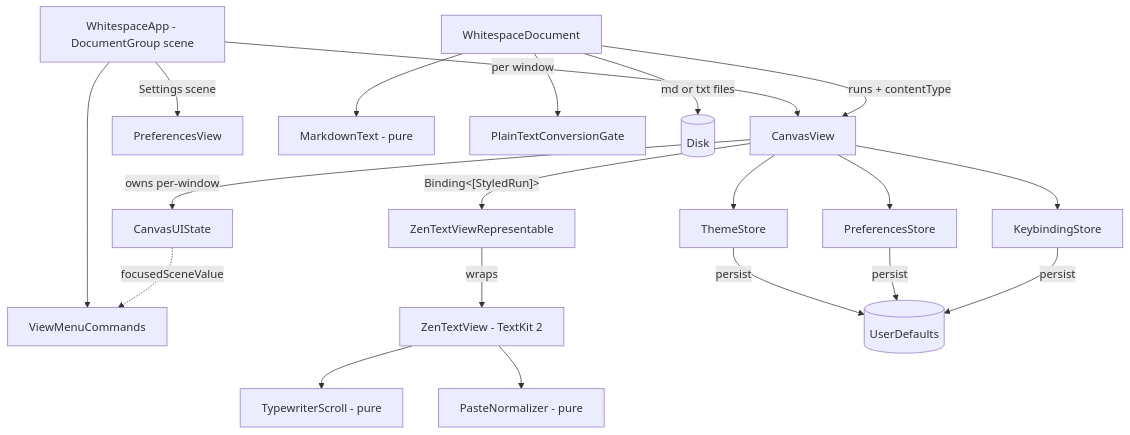
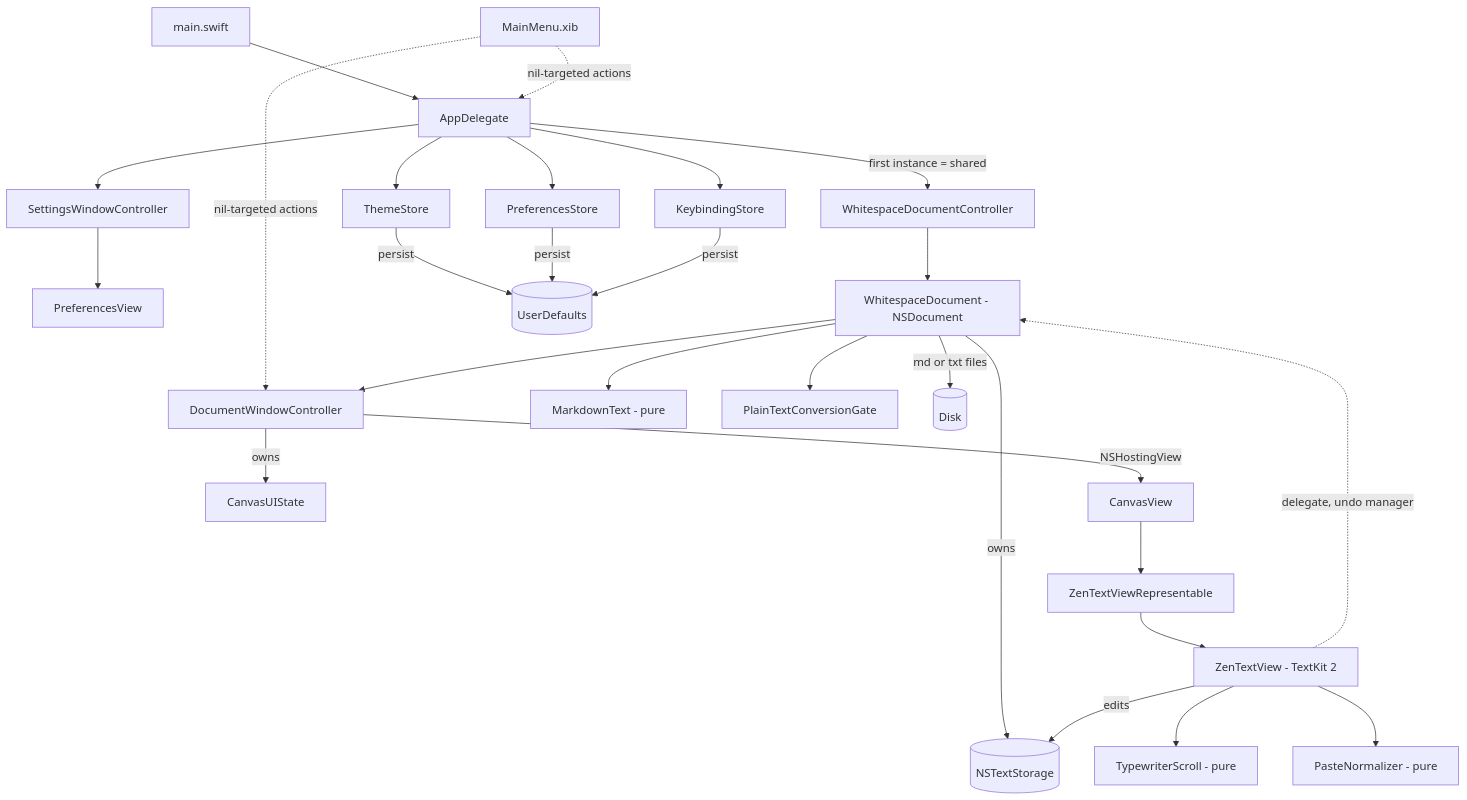
Before and after one commit to benji-hix/Whitespace: the diagram in ARCHITECTURE.md, drawn with Mermaid. The commit also changed other lines of this file and 43 other files, not shown here.

First line of the commit message:
refactor: replace the SwiftUI DocumentGroup shell with an NSDocument shell (#4)

````diff
--- a/ARCHITECTURE.md
+++ b/ARCHITECTURE.md
@@ -50,16 +57,20 @@
 ```mermaid
 graph TD
-    App[WhitespaceApp - DocumentGroup scene] -->|per window| Canvas[CanvasView]
-    App -->|Settings scene| Prefs[PreferencesView]
-    App --> VMC[ViewMenuCommands]
-    Canvas -->|owns per-window| UI[CanvasUIState]
-    UI -.->|focusedSceneValue| VMC
-    Canvas -->|"Binding&lt;[StyledRun]&gt;"| Rep[ZenTextViewRepresentable]
-    Rep -->|wraps| Zen[ZenTextView - TextKit 2]
+    Main[main.swift] --> AD[AppDelegate]
+    AD -->|first instance = shared| DC[WhitespaceDocumentController]
+    AD --> TH[ThemeStore] & PS[PreferencesStore] & KS[KeybindingStore]
+    AD --> SWC[SettingsWindowController] --> Prefs[PreferencesView]
+    Nib[MainMenu.xib] -.->|nil-targeted actions| AD & DWC
+    DC --> Doc[WhitespaceDocument - NSDocument]
+    Doc -->|owns| TS[(NSTextStorage)]
+    Doc --> DWC[DocumentWindowController]
+    DWC -->|owns| UI[CanvasUIState]
+    DWC -->|NSHostingView| Canvas[CanvasView]
+    Canvas --> Rep[ZenTextViewRepresentable] --> Zen[ZenTextView - TextKit 2]
+    Zen -->|edits| TS
+    Zen -.->|delegate, undo manager| Doc
     Zen --> TS2[TypewriterScroll - pure] & PN[PasteNormalizer - pure]
-    Doc[WhitespaceDocument] --> MD[MarkdownText - pure] & Gate[PlainTextConversionGate]
-    Doc -->|runs + contentType| Canvas
-    Canvas --> TH[ThemeStore] & PS[PreferencesStore] & KS[KeybindingStore]
+    Doc --> MD[MarkdownText - pure] & Gate[PlainTextConversionGate]
     TH & PS & KS -->|persist| UD[(UserDefaults)]
     Doc -->|md or txt files| Disk[(Disk)]
 ```
````
